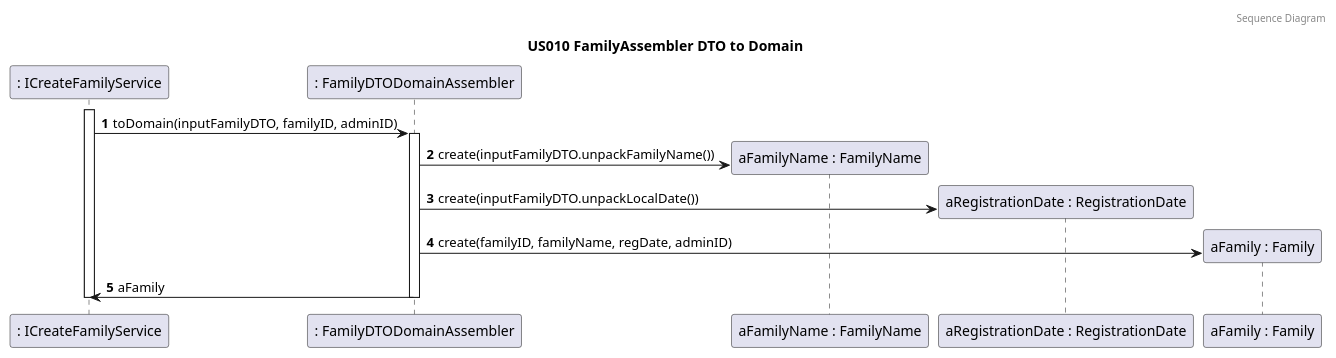
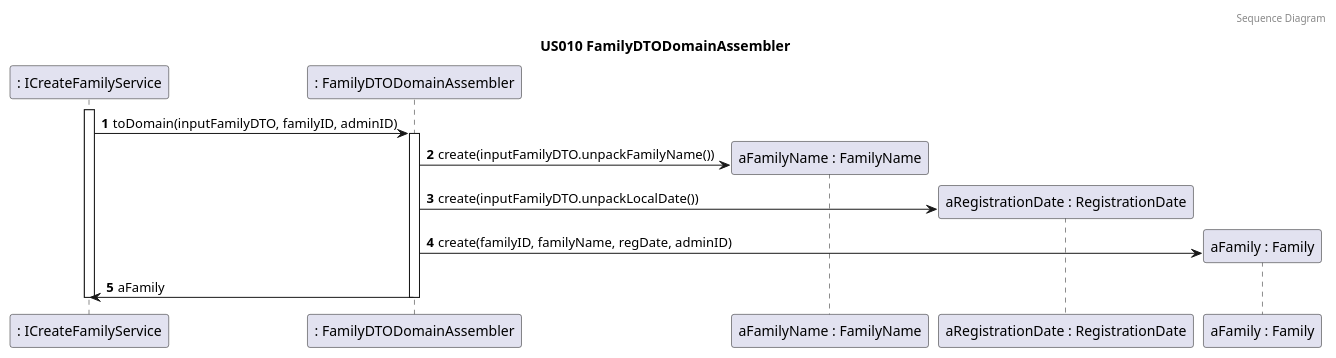
One commit to tomas-osswald/switch_2020_g3 changed the fourth of 8 diagrams in docs/sprint4/user_stories/US010_CreateAFamilyAndSetAdministrator.md. Above: the diagram before and after it, drawn with PlantUML. The commit also changed other lines of this file, not shown here.

Commit message:
fix naming diagrams

`````diff
--- a/docs/sprint4/user_stories/US010_CreateAFamilyAndSetAdministrator.md
+++ b/docs/sprint4/user_stories/US010_CreateAFamilyAndSetAdministrator.md
@@ -174,25 +174,25 @@
 ````puml
 @startuml
 
 autonumber
 header Sequence Diagram
-title US010 FamilyAssembler DTO to Domain
+title US010 FamilyDTODomainAssembler 
 
 participant ": ICreateFamilyService" as CreateFamService
 participant ": FamilyDTODomainAssembler" as assembler
 participant "aFamilyName : FamilyName" as familyName
 participant "aRegistrationDate : RegistrationDate" as regDate
 participant "aFamily : Family" as family
 
 activate CreateFamService
 CreateFamService -> assembler : toDomain(inputFamilyDTO, familyID, adminID)
 activate assembler
 assembler -> familyName** : create(inputFamilyDTO.unpackFamilyName())
 assembler -> regDate** : create(inputFamilyDTO.unpackLocalDate())
 assembler -> family** : create(familyID, familyName, regDate, adminID)
 assembler -> CreateFamService : aFamily
 deactivate assembler
 deactivate CreateFamService
 
 @enduml
 ````
`````
